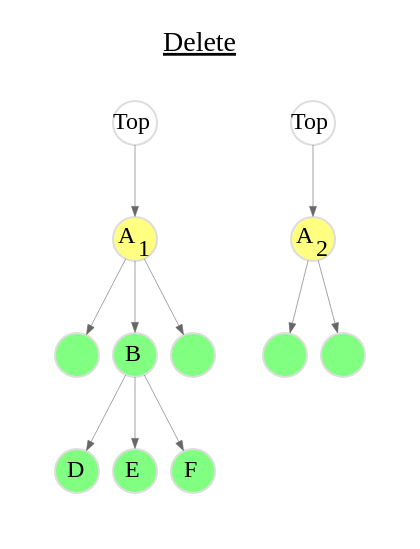
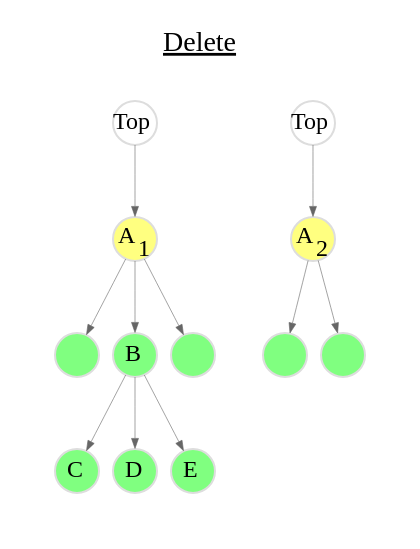
Before and after one commit to flatcap/dparted: the diagram in docs/rcu/6_delete.gv, drawn with Graphviz. The commit also changed 2 other files, not shown here.

```diff
--- a/docs/rcu/6_delete.gv
+++ b/docs/rcu/6_delete.gv
@@ -1,66 +1,66 @@
 digraph resize_partition {
 	graph [
 		rankdir="TB"
 		bgcolor="white"
 		color="white"
 		nodesep="0.1"
 		ranksep="0.5"
 		labelloc="t"
 		label=<<U>Delete</U>>
 	];
 
 	node [
 		fontsize="12"
 		style="solid"
 		width="0.3"
 		height="0.3"
 		fixedsize="true"
 		penwidth="1.0"
 		color="#DDDDDD"
 	];
 
 	edge [
 		penwidth="0.3"
 		color="#666666"
 		arrowsize="0.5"
 	];
 
 
 	subgraph cluster1 {
 		color=transparent;
 		labelloc="t"
 		label=""
 
 		at [ label=<Top>                                              ];
 		a1 [ label=<A<SUB>1</SUB>> style="filled" fillcolor="#ffff80" ];
 		a2 [ label=<>              style="filled" fillcolor="#80ff80" ];
 		a3 [ label=<B>             style="filled" fillcolor="#80ff80" ];
 		a4 [ label=<>              style="filled" fillcolor="#80ff80" ];
-		a5 [ label=<D>             style="filled" fillcolor="#80ff80" ];
-		a6 [ label=<E>             style="filled" fillcolor="#80ff80" ];
-		a7 [ label=<F>             style="filled" fillcolor="#80ff80" ];
+		a5 [ label=<C>             style="filled" fillcolor="#80ff80" ];
+		a6 [ label=<D>             style="filled" fillcolor="#80ff80" ];
+		a7 [ label=<E>             style="filled" fillcolor="#80ff80" ];
 
 		at -> a1;
 		a1 -> a2;
 		a1 -> a3;
 		a1 -> a4;
 		a3 -> a5;
 		a3 -> a6;
 		a3 -> a7;
 	}
 
 	subgraph cluster2 {
 		color=transparent;
 		labelloc="t"
 		label=""
 
 		bt [ label=<Top>                                              ];
 		b1 [ label=<A<SUB>2</SUB>> style="filled" fillcolor="#ffff80" ];
 		b2 [ label=<>              style="filled" fillcolor="#80ff80" ];
 		b4 [ label=<>              style="filled" fillcolor="#80ff80" ];
 
 		bt -> b1;
 		b1 -> b2;
 		b1 -> b4;
 	}
 }
```
